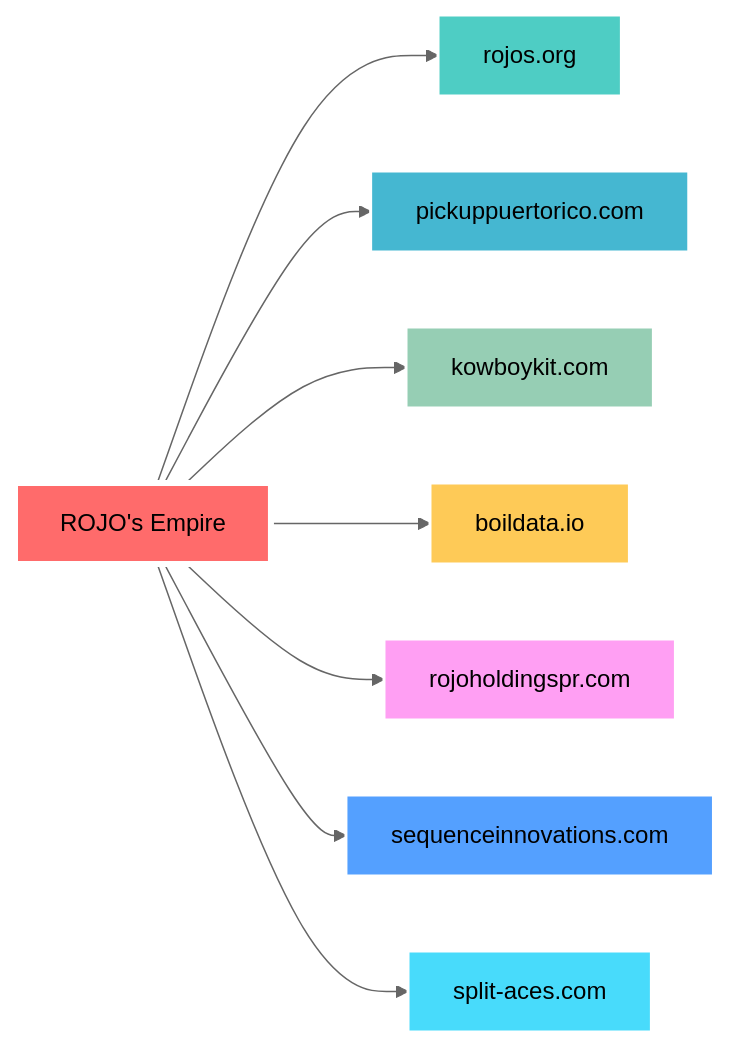
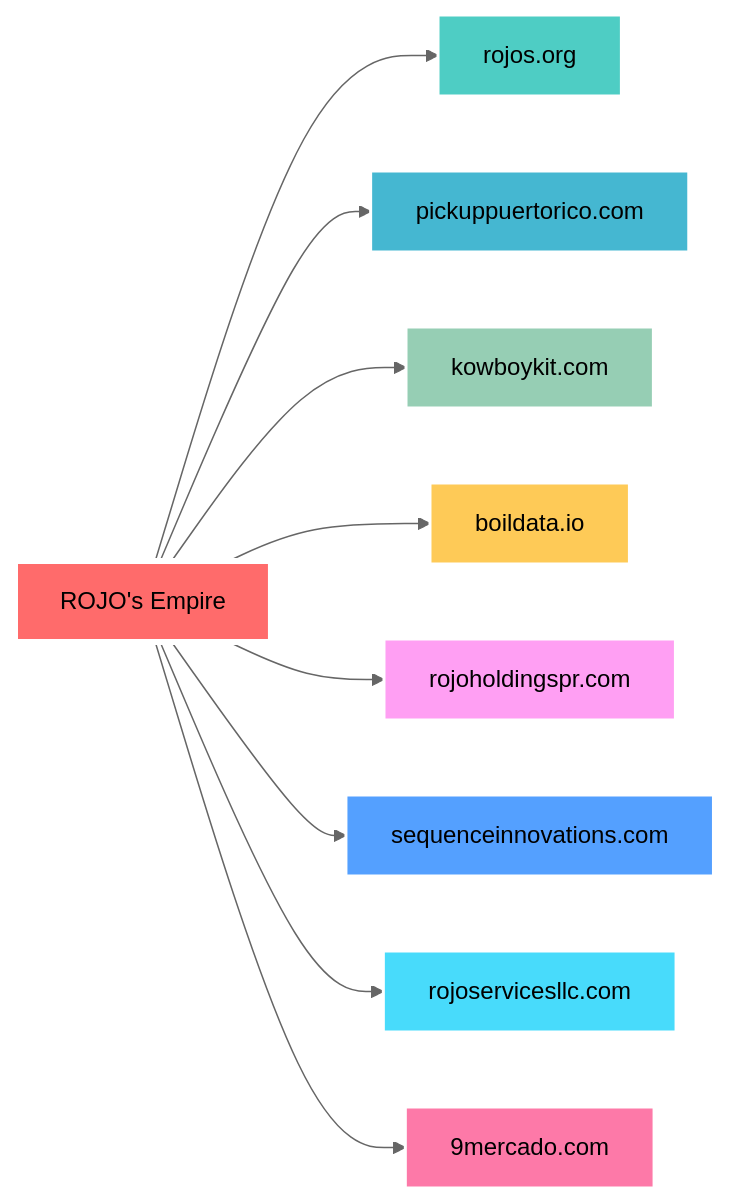
One commit to rojolang/rojolang changed the diagram in README.md. Above: the diagram before and after it, drawn with Mermaid (neutral theme). The commit also changed other lines of this file, not shown here.

````diff
--- a/README.md
+++ b/README.md
@@ -66,19 +66,21 @@
 ```mermaid
 graph LR
     A[ROJO's Empire] --> B[rojos.org]
     A --> C[pickuppuertorico.com]
     A --> D[kowboykit.com]
     A --> E[boildata.io]
     A --> F[rojoholdingspr.com]
     A --> G[sequenceinnovations.com]
-    A --> H[split-aces.com]
+    A --> H[rojoservicesllc.com]
+    A --> I[9mercado.com]
     
     style A fill:#FF6B6B,stroke:#fff,stroke-width:4px
     style B fill:#4ECDC4,stroke:#fff,stroke-width:2px
     style C fill:#45B7D1,stroke:#fff,stroke-width:2px
     style D fill:#96CEB4,stroke:#fff,stroke-width:2px
     style E fill:#FECA57,stroke:#fff,stroke-width:2px
     style F fill:#FF9FF3,stroke:#fff,stroke-width:2px
     style G fill:#54A0FF,stroke:#fff,stroke-width:2px
     style H fill:#48DBFB,stroke:#fff,stroke-width:2px
+    style I fill:#FD79A8,stroke:#fff,stroke-width:2px
 ```
````
